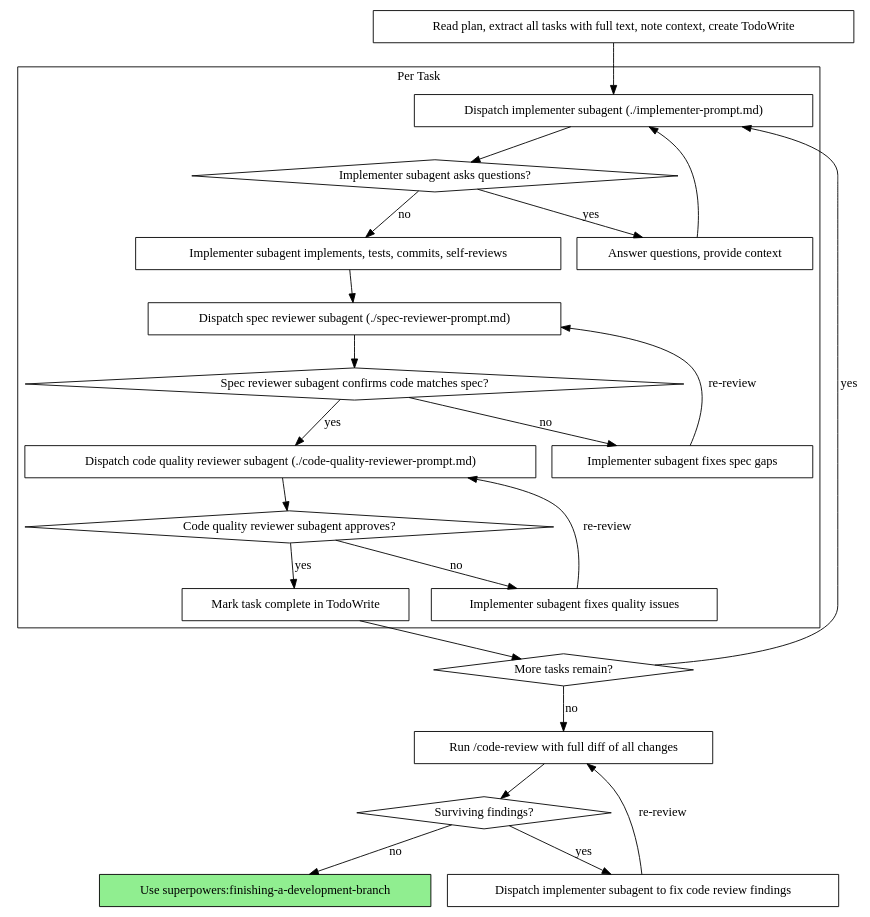
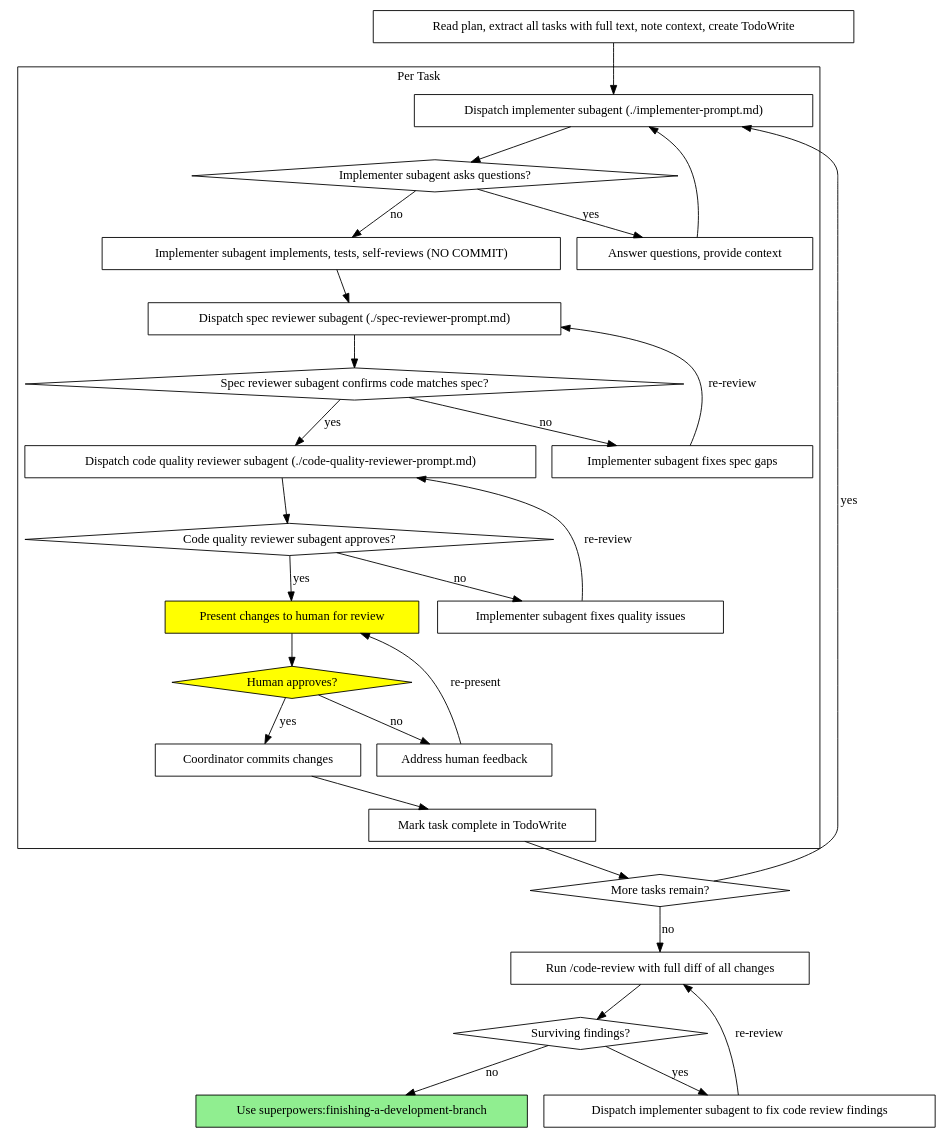
Before and after one commit to trevorwhitney/superpowers: the second of 2 diagrams in skills/subagent-driven-development/SKILL.md, drawn with Graphviz. The commit also changed other lines of this file and 8 other files, not shown here.

First line of the commit message:
feat: add human review gates and prototype workflow

````diff
--- a/skills/subagent-driven-development/SKILL.md
+++ b/skills/subagent-driven-development/SKILL.md
@@ -45,49 +47,58 @@
 ```dot
 digraph process {
     rankdir=TB;
 
     subgraph cluster_per_task {
         label="Per Task";
         "Dispatch implementer subagent (./implementer-prompt.md)" [shape=box];
         "Implementer subagent asks questions?" [shape=diamond];
         "Answer questions, provide context" [shape=box];
-        "Implementer subagent implements, tests, commits, self-reviews" [shape=box];
+        "Implementer subagent implements, tests, self-reviews (NO COMMIT)" [shape=box];
         "Dispatch spec reviewer subagent (./spec-reviewer-prompt.md)" [shape=box];
         "Spec reviewer subagent confirms code matches spec?" [shape=diamond];
         "Implementer subagent fixes spec gaps" [shape=box];
         "Dispatch code quality reviewer subagent (./code-quality-reviewer-prompt.md)" [shape=box];
         "Code quality reviewer subagent approves?" [shape=diamond];
         "Implementer subagent fixes quality issues" [shape=box];
+        "Present changes to human for review" [shape=box style=filled fillcolor=yellow];
+        "Human approves?" [shape=diamond style=filled fillcolor=yellow];
+        "Address human feedback" [shape=box];
+        "Coordinator commits changes" [shape=box];
         "Mark task complete in TodoWrite" [shape=box];
     }
 
     "Read plan, extract all tasks with full text, note context, create TodoWrite" [shape=box];
     "More tasks remain?" [shape=diamond];
     "Run /code-review with full diff of all changes" [shape=box];
     "Surviving findings?" [shape=diamond];
     "Dispatch implementer subagent to fix code review findings" [shape=box];
     "Use superpowers:finishing-a-development-branch" [shape=box style=filled fillcolor=lightgreen];
 
     "Read plan, extract all tasks with full text, note context, create TodoWrite" -> "Dispatch implementer subagent (./implementer-prompt.md)";
     "Dispatch implementer subagent (./implementer-prompt.md)" -> "Implementer subagent asks questions?";
     "Implementer subagent asks questions?" -> "Answer questions, provide context" [label="yes"];
     "Answer questions, provide context" -> "Dispatch implementer subagent (./implementer-prompt.md)";
-    "Implementer subagent asks questions?" -> "Implementer subagent implements, tests, commits, self-reviews" [label="no"];
-    "Implementer subagent implements, tests, commits, self-reviews" -> "Dispatch spec reviewer subagent (./spec-reviewer-prompt.md)";
+    "Implementer subagent asks questions?" -> "Implementer subagent implements, tests, self-reviews (NO COMMIT)" [label="no"];
+    "Implementer subagent implements, tests, self-reviews (NO COMMIT)" -> "Dispatch spec reviewer subagent (./spec-reviewer-prompt.md)";
     "Dispatch spec reviewer subagent (./spec-reviewer-prompt.md)" -> "Spec reviewer subagent confirms code matches spec?";
     "Spec reviewer subagent confirms code matches spec?" -> "Implementer subagent fixes spec gaps" [label="no"];
     "Implementer subagent fixes spec gaps" -> "Dispatch spec reviewer subagent (./spec-reviewer-prompt.md)" [label="re-review"];
     "Spec reviewer subagent confirms code matches spec?" -> "Dispatch code quality reviewer subagent (./code-quality-reviewer-prompt.md)" [label="yes"];
     "Dispatch code quality reviewer subagent (./code-quality-reviewer-prompt.md)" -> "Code quality reviewer subagent approves?";
     "Code quality reviewer subagent approves?" -> "Implementer subagent fixes quality issues" [label="no"];
     "Implementer subagent fixes quality issues" -> "Dispatch code quality reviewer subagent (./code-quality-reviewer-prompt.md)" [label="re-review"];
-    "Code quality reviewer subagent approves?" -> "Mark task complete in TodoWrite" [label="yes"];
+    "Code quality reviewer subagent approves?" -> "Present changes to human for review" [label="yes"];
+    "Present changes to human for review" -> "Human approves?";
+    "Human approves?" -> "Address human feedback" [label="no"];
+    "Address human feedback" -> "Present changes to human for review" [label="re-present"];
+    "Human approves?" -> "Coordinator commits changes" [label="yes"];
+    "Coordinator commits changes" -> "Mark task complete in TodoWrite";
     "Mark task complete in TodoWrite" -> "More tasks remain?";
     "More tasks remain?" -> "Dispatch implementer subagent (./implementer-prompt.md)" [label="yes"];
     "More tasks remain?" -> "Run /code-review with full diff of all changes" [label="no"];
     "Run /code-review with full diff of all changes" -> "Surviving findings?";
     "Surviving findings?" -> "Dispatch implementer subagent to fix code review findings" [label="yes"];
     "Dispatch implementer subagent to fix code review findings" -> "Run /code-review with full diff of all changes" [label="re-review"];
     "Surviving findings?" -> "Use superpowers:finishing-a-development-branch" [label="no"];
 }
 ```
````
